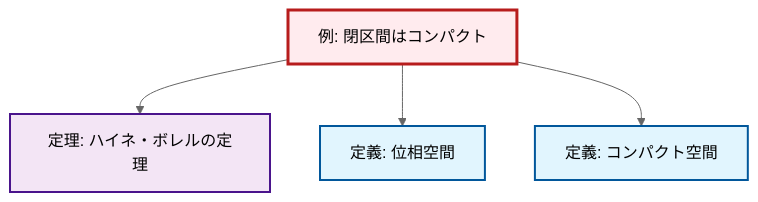
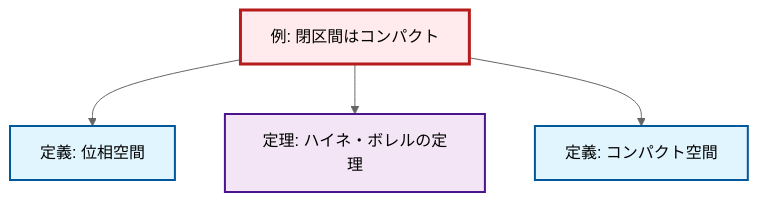
One commit to RK0429/ModernMath changed the diagram in output/mermaid/ja/ex-closed-interval-compact.mermaid. Above: the diagram before and after it, drawn with Mermaid (neutral theme). The commit also changed 3144 other files, not shown here.

```diff
--- a/output/mermaid/ja/ex-closed-interval-compact.mermaid
+++ b/output/mermaid/ja/ex-closed-interval-compact.mermaid
@@ -1,15 +1,14 @@
-%%| fig-cap: "Local dependency graph"
 graph TD
     classDef definition fill:#e1f5fe,stroke:#01579b,stroke-width:2px
     classDef theorem fill:#f3e5f5,stroke:#4a148c,stroke-width:2px
     classDef axiom fill:#fff3e0,stroke:#e65100,stroke-width:2px
     classDef example fill:#e8f5e9,stroke:#1b5e20,stroke-width:2px
     classDef current fill:#ffebee,stroke:#b71c1c,stroke-width:3px
+    ex-closed-interval-compact["例: 閉区間はコンパクト"]:::example
+    thm-heine-borel["定理: ハイネ・ボレルの定理"]:::theorem
     def-topological-space["定義: 位相空間"]:::definition
-    ex-closed-interval-compact["例: 閉区間はコンパクト"]:::example
     def-compact["定義: コンパクト空間"]:::definition
-    thm-heine-borel["定理: ハイネ・ボレルの定理"]:::theorem
+    ex-closed-interval-compact --> def-topological-space
     ex-closed-interval-compact --> thm-heine-borel
-    ex-closed-interval-compact --> def-topological-space
     ex-closed-interval-compact --> def-compact
     class ex-closed-interval-compact current
```
